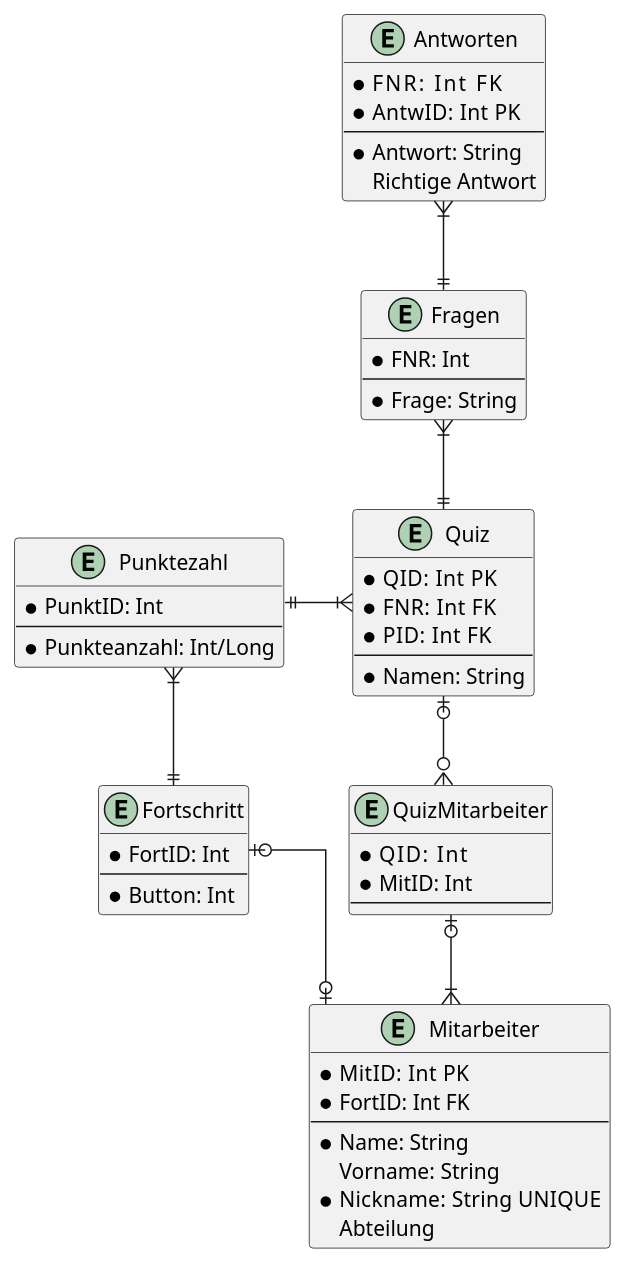
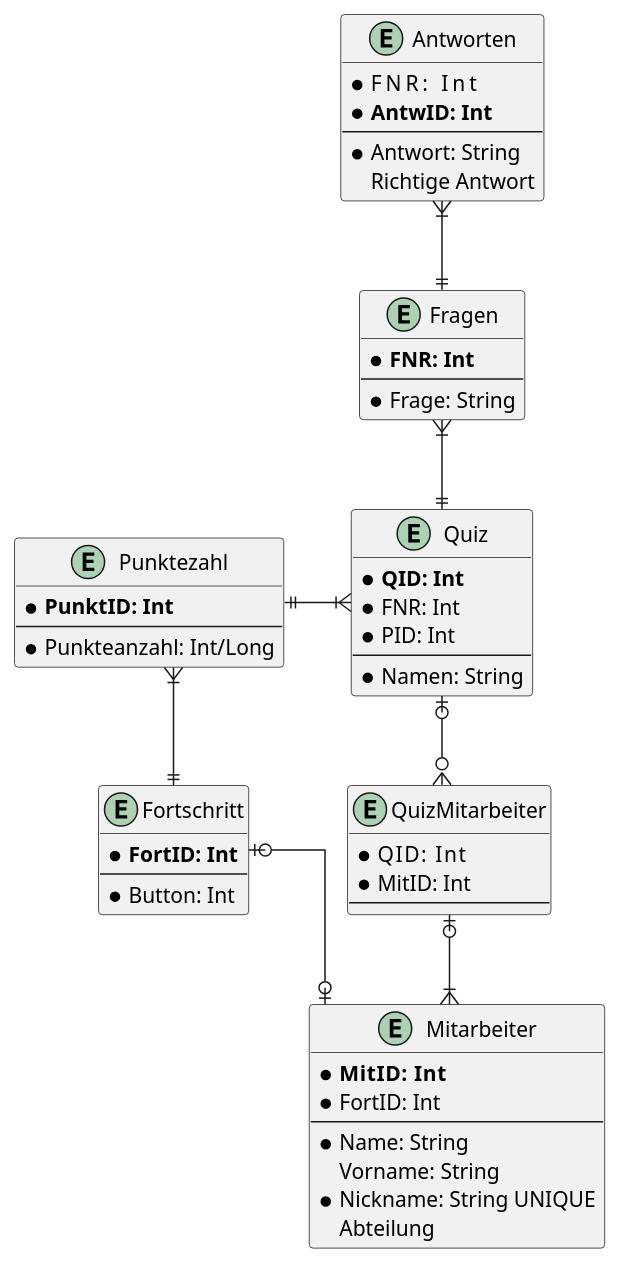
Before and after one commit to game-admin/game: the diagram in documentation/diagrams/ER-Modell.adoc, drawn with PlantUML. The commit also changed 1 other file, not shown here.

Commit message:
ER-Modell Design changed

```diff
--- a/documentation/diagrams/ER-Modell.adoc
+++ b/documentation/diagrams/ER-Modell.adoc
@@ -1,72 +1,71 @@
 [plantuml, diagram-classes, png]     
 ....
 ' avoid problems with angled crows feet
 skinparam linetype ortho
 
 entity Punktezahl {
-    * PunktID: Int
+    * **PunktID: Int**
     --
     * Punkteanzahl: Int/Long
 }
 together {
 
     entity Quiz {
-        * QID: Int  PK
-        * FNR: Int  FK
-        * PID: Int  FK
+        * **QID: Int**
+        * FNR: Int
+        * PID: Int
         --
         * Namen: String
     }
     
     entity QuizMitarbeiter {
         * QID:   Int
         * MitID: Int  
         --
     }
     
     entity Mitarbeiter {
-        * MitID:  Int PK
-        * FortID: Int FK
+        * **MitID:  Int**
+        * FortID: Int
         --
         * Name: String
         Vorname: String
-        * Nickname: String  UNIQUE
+        * Nickname: String UNIQUE
         Abteilung
     }
     
 }
 
 entity Fortschritt {
-    * FortID: Int
+    * **FortID: Int**
     --
     * Button: Int
 }
 
 entity Fragen {
-    * FNR: Int
+    * **FNR: Int**
     --
     * Frage: String
 }
 
 entity Antworten {
-    * FNR:    Int  FK
-    * AntwID: Int  PK
+    * FNR:      Int
+    * **AntwID: Int**
     --
     * Antwort: String
     Richtige Antwort
 }
 
 
 
 
 
 Antworten}|--||Fragen
 Fragen}|--||Quiz
 Quiz|o--o{QuizMitarbeiter
 QuizMitarbeiter|o--|{Mitarbeiter
 Quiz}|--||Punktezahl
 Punktezahl}|--||Fortschritt
 Fortschritt|o--o|Mitarbeiter
 
-
 ....
```
